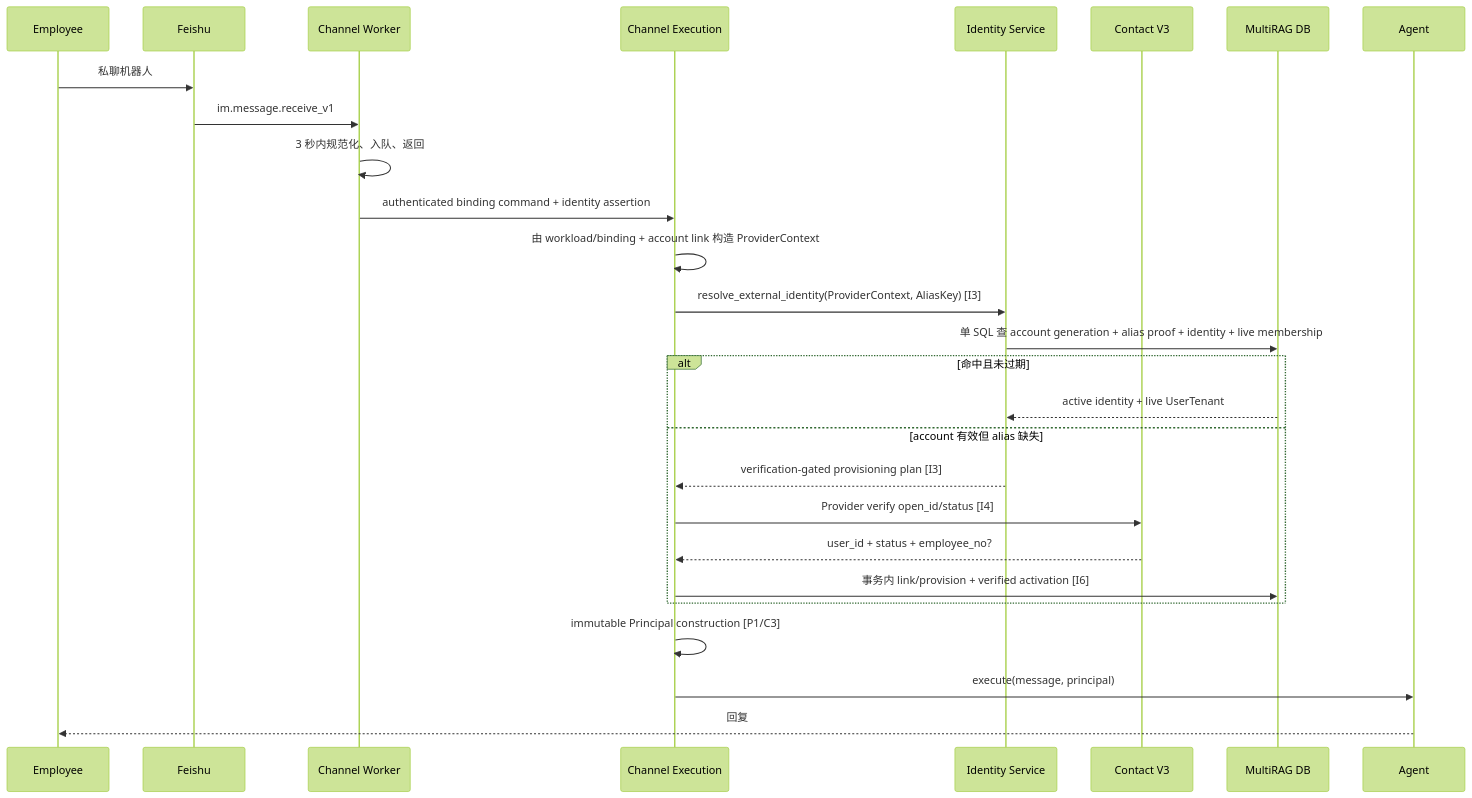
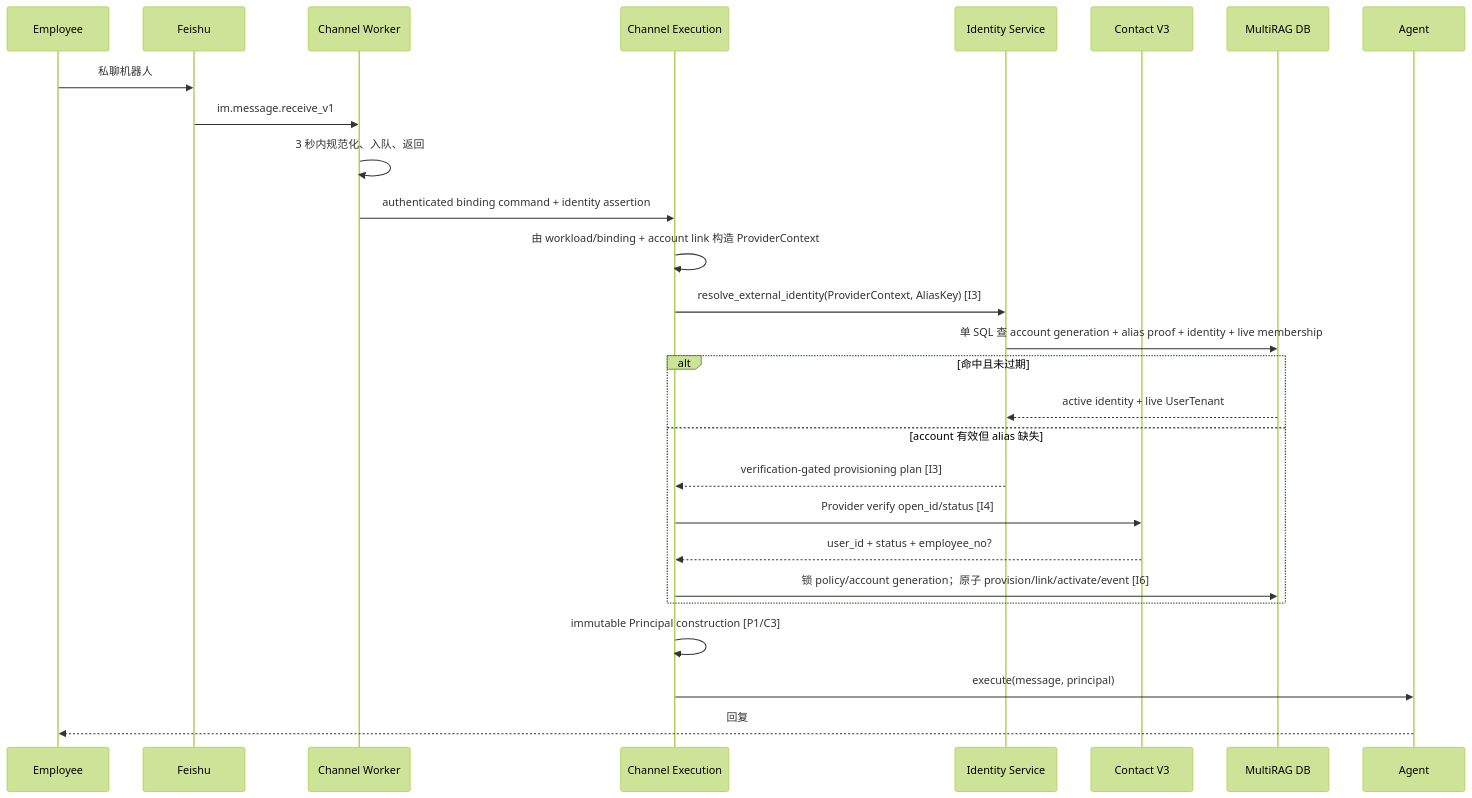
Before and after one commit to yuehong136/MultiRAG: the sixth of 10 diagrams in docs/enterprise-identity-mcp/ARCHITECTURE.md, drawn with Mermaid (forest theme). The commit also changed other lines of this file and 27 other files, not shown here.

````diff
--- a/docs/enterprise-identity-mcp/ARCHITECTURE.md
+++ b/docs/enterprise-identity-mcp/ARCHITECTURE.md
@@ -251,30 +295,30 @@
 ```mermaid
 sequenceDiagram
     participant E as Employee
     participant F as Feishu
     participant W as Channel Worker
     participant X as Channel Execution
     participant I as Identity Service
     participant C as Contact V3
     participant D as MultiRAG DB
     participant A as Agent
 
     E->>F: 私聊机器人
     F->>W: im.message.receive_v1
     W->>W: 3 秒内规范化、入队、返回
     W->>X: authenticated binding command + identity assertion
     X->>X: 由 workload/binding + account link 构造 ProviderContext
     X->>I: resolve_external_identity(ProviderContext, AliasKey) [I3]
     I->>D: 单 SQL 查 account generation + alias proof + identity + live membership
     alt 命中且未过期
         D-->>I: active identity + live UserTenant
     else account 有效但 alias 缺失
         I-->>X: verification-gated provisioning plan [I3]
         X->>C: Provider verify open_id/status [I4]
         C-->>X: user_id + status + employee_no?
-        X->>D: 事务内 link/provision + verified activation [I6]
+        X->>D: 锁 policy/account generation；原子 provision/link/activate/event [I6]
     end
     X->>X: immutable Principal construction [P1/C3]
     X->>A: execute(message, principal)
     A-->>E: 回复
 ```
````
